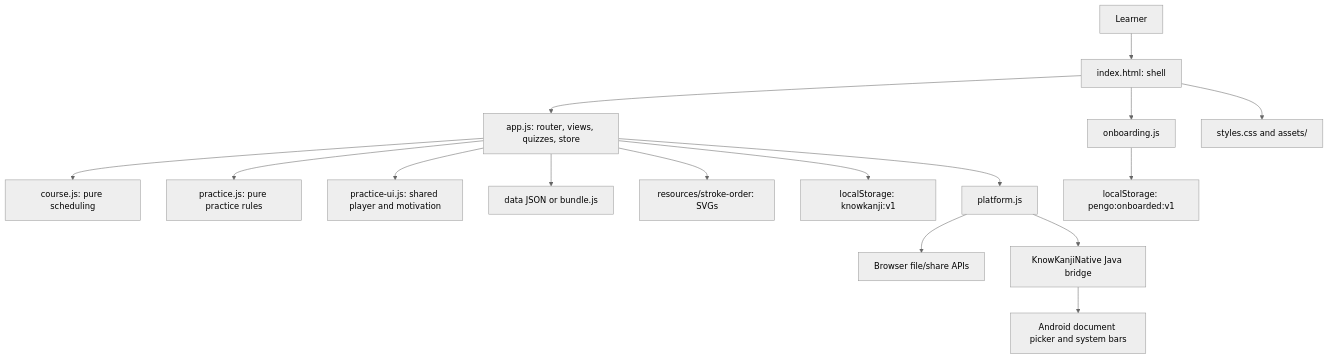
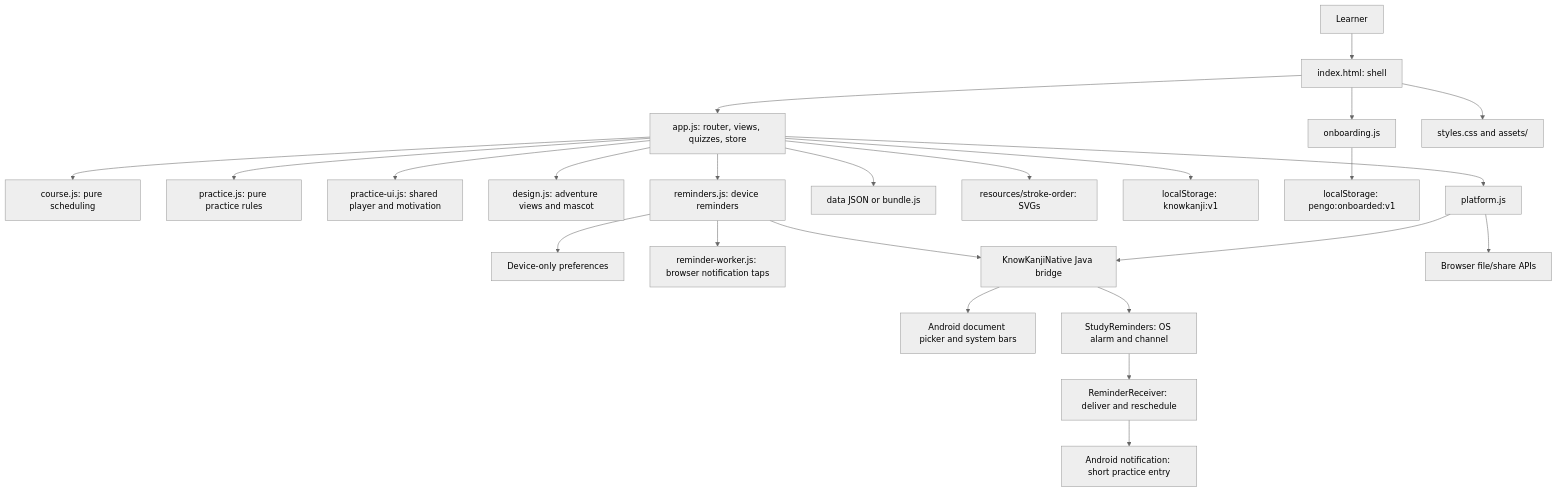
One commit to rummanrc/pengo changed the first of 3 diagrams in docs/architecture.md. Above: the diagram before and after it, drawn with Mermaid (neutral theme). The commit also changed other lines of this file and 44 other files, not shown here.

````diff
--- a/docs/architecture.md
+++ b/docs/architecture.md
@@ -7,18 +7,26 @@
 ```mermaid
 flowchart TD
     User["Learner"] --> Shell["index.html: shell"]
     Shell --> App["app.js: router, views, quizzes, store"]
     App --> Course["course.js: pure scheduling"]
     App --> Practice["practice.js: pure practice rules"]
     App --> PracticeUI["practice-ui.js: shared player and motivation"]
+    App --> Design["design.js: adventure views and mascot"]
+    App --> Reminders["reminders.js: device reminders"]
+    Reminders --> DevicePrefs["Device-only preferences"]
+    Reminders --> Worker["reminder-worker.js: browser notification taps"]
+    Reminders --> Bridge
     App --> Content["data JSON or bundle.js"]
     App --> SVG["resources/stroke-order: SVGs"]
     App --> Storage["localStorage: knowkanji:v1"]
     Shell --> Intro["onboarding.js"]
     Intro --> Flag["localStorage: pengo:onboarded:v1"]
     App --> Platform["platform.js"]
     Platform --> Browser["Browser file/share APIs"]
     Platform --> Bridge["KnowKanjiNative Java bridge"]
     Bridge --> Android["Android document picker and system bars"]
+    Bridge --> Alarm["StudyReminders: OS alarm and channel"]
+    Alarm --> Receiver["ReminderReceiver: deliver and reschedule"]
+    Receiver --> Notification["Android notification: short practice entry"]
     Shell --> Style["styles.css and assets/"]
 ```
````
